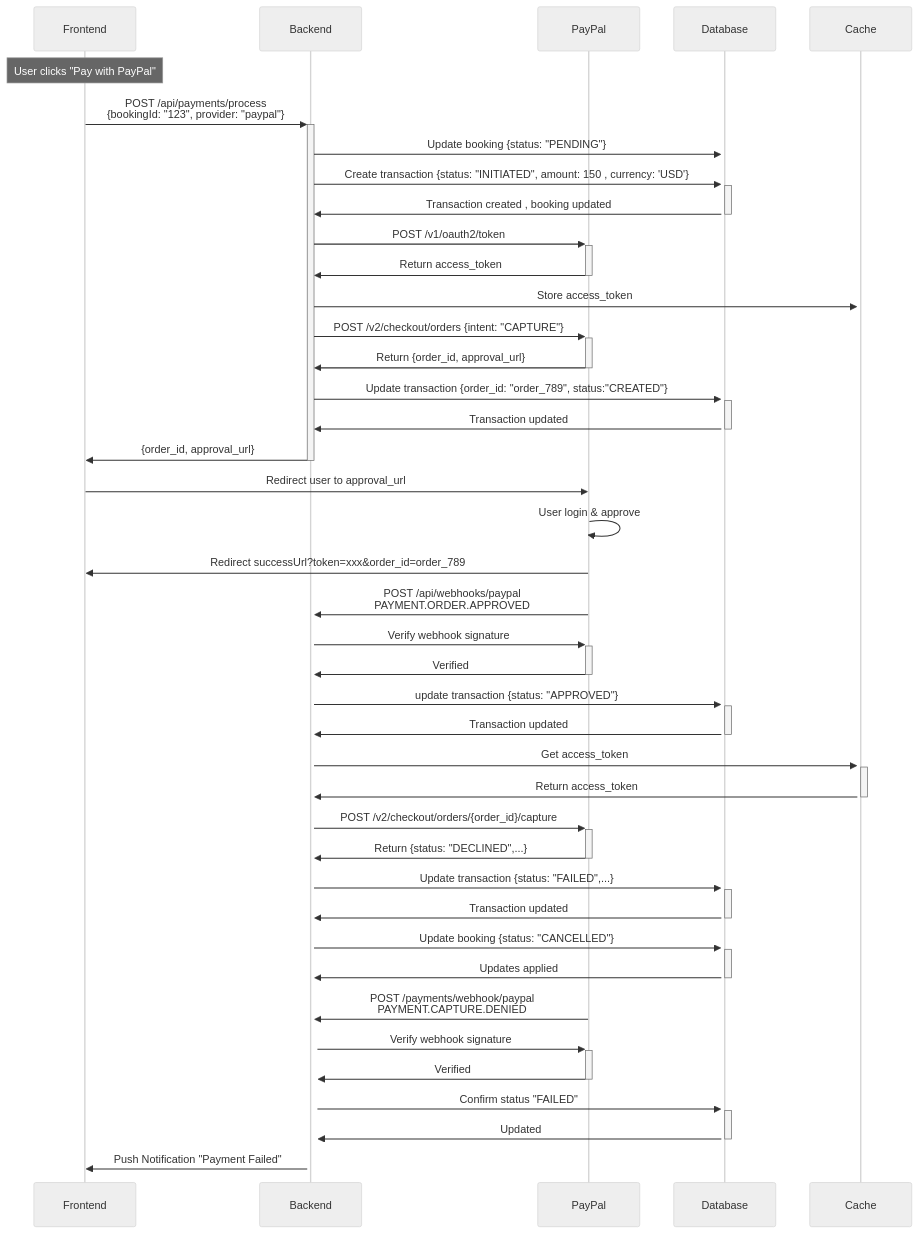
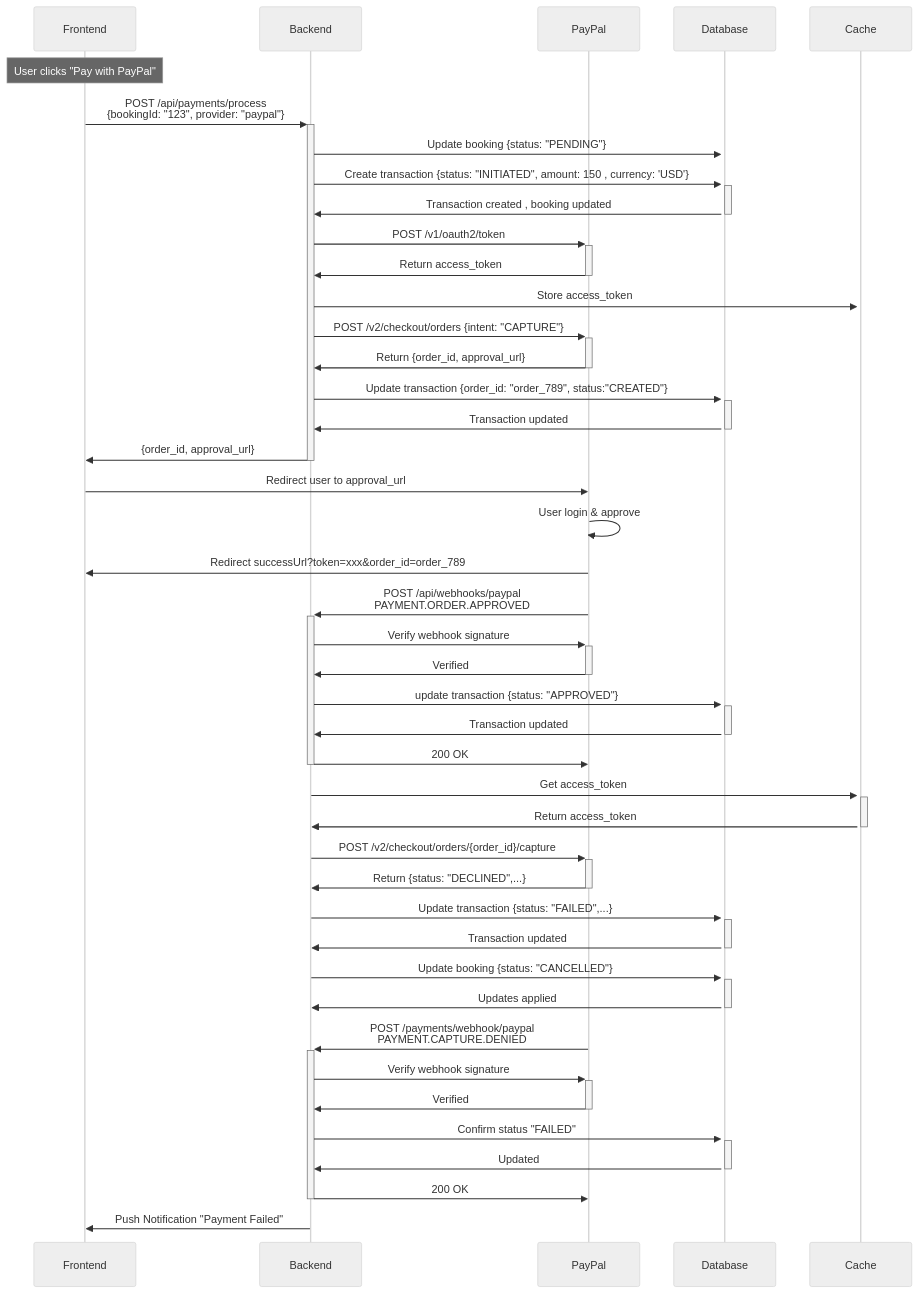
One commit to randa-magdy/paypal-payment-integration changed the third of 6 diagrams in README.md. Above: the diagram before and after it, drawn with Mermaid (neutral theme). The commit also changed other lines of this file, not shown here.

Commit message:
Updated sequence diagrams and added 200 OK response for PayPal webhook handler.

````diff
--- a/README.md
+++ b/README.md
@@ -274,51 +276,53 @@
 ```mermaid
 sequenceDiagram
     participant FE as Frontend
     participant BE as Backend
     participant PP as PayPal
     participant DB as Database
     participant CH as Cache
     Note over FE: User clicks "Pay with PayPal"
     %% Phase 1: Payment Request
     FE->>+BE: POST /api/payments/process<br/>{bookingId: "123", provider: "paypal"}
     BE->>+DB: Update booking {status: "PENDING"}
     BE->>+DB: Create transaction {status: "INITIATED", amount: 150 , currency: 'USD'}
     DB->>-BE: Transaction created , booking updated
     BE->>+PP: POST /v1/oauth2/token
     PP->>-BE: Return access_token
     BE->>+CH: Store access_token
     BE->>+PP: POST /v2/checkout/orders {intent: "CAPTURE"}
     PP->>-BE: Return {order_id, approval_url}
     BE->>+DB: Update transaction {order_id: "order_789", status:"CREATED"}
     DB->>-BE: Transaction updated
     BE->>-FE: {order_id, approval_url}
     %% Phase 2: User Approval
     FE->>PP: Redirect user to approval_url
     PP->>PP: User login & approve
     PP->>FE: Redirect successUrl?token=xxx&order_id=order_789
     %% Phase 2.5: Webhook-driven Capture
     PP->>+BE: POST /api/webhooks/paypal<br/>PAYMENT.ORDER.APPROVED
     BE->>+PP: Verify webhook signature
     PP->>-BE: Verified
     BE->>+DB: update transaction {status: "APPROVED"}
     DB->>-BE: Transaction updated
+    BE->>-PP: 200 OK
     BE->>+CH: Get access_token
     CH->>-BE: Return access_token
     BE->>+PP: POST /v2/checkout/orders/{order_id}/capture
     PP->>-BE: Return {status: "DECLINED",...}
     
     BE->>+DB: Update transaction {status: "FAILED",...}
     DB->>-BE: Transaction updated
     BE->>+DB: Update booking {status: "CANCELLED"}
     DB->>-BE: Updates applied
     
     %% Phase 3: Payment Declined 
     PP->>+BE: POST /payments/webhook/paypal<br/>PAYMENT.CAPTURE.DENIED
     BE->>+PP: Verify webhook signature
     PP->>-BE: Verified
     BE->>+DB: Confirm status "FAILED"
     DB->>-BE: Updated
+    BE->>-PP: 200 OK
     
     %% Optional Notify
     BE->>FE: Push Notification "Payment Failed"
 ```
````
